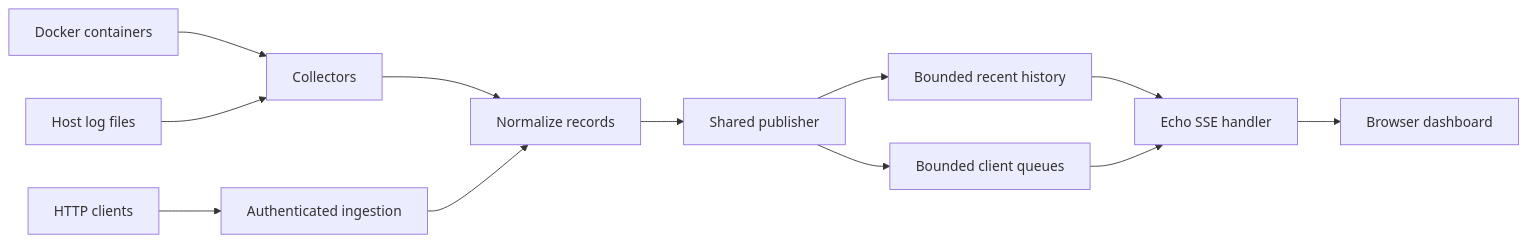
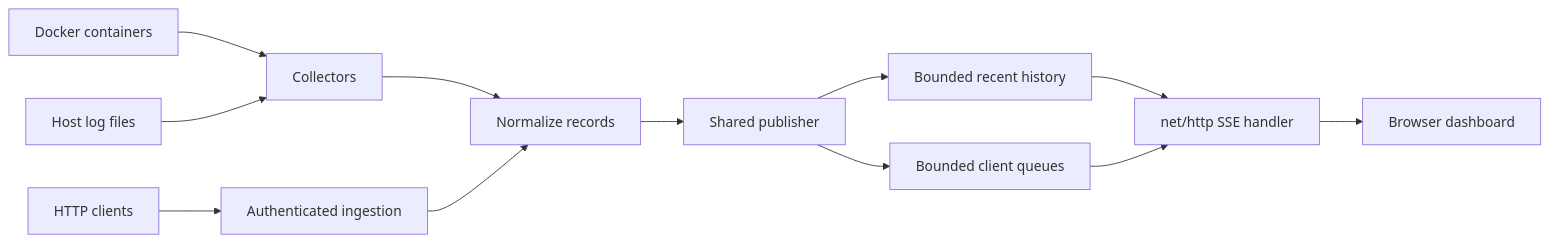
Before and after one commit to AbdulRahimOM/log-streamer: the diagram in docs/architecture.md, drawn with Mermaid. The commit also changed other lines of this file and 11 other files, not shown here.

````diff
--- a/docs/architecture.md
+++ b/docs/architecture.md
@@ -5,14 +5,14 @@
 ```mermaid
 flowchart LR
     D[Docker containers] --> C[Collectors]
     F[Host log files] --> C
     A[HTTP clients] --> I[Authenticated ingestion]
     C --> N[Normalize records]
     I --> N
     N --> P[Shared publisher]
     P --> R[Bounded recent history]
     P --> Q[Bounded client queues]
-    R --> S[Echo SSE handler]
+    R --> S[net/http SSE handler]
     Q --> S
     S --> UI[Browser dashboard]
 ```
````
